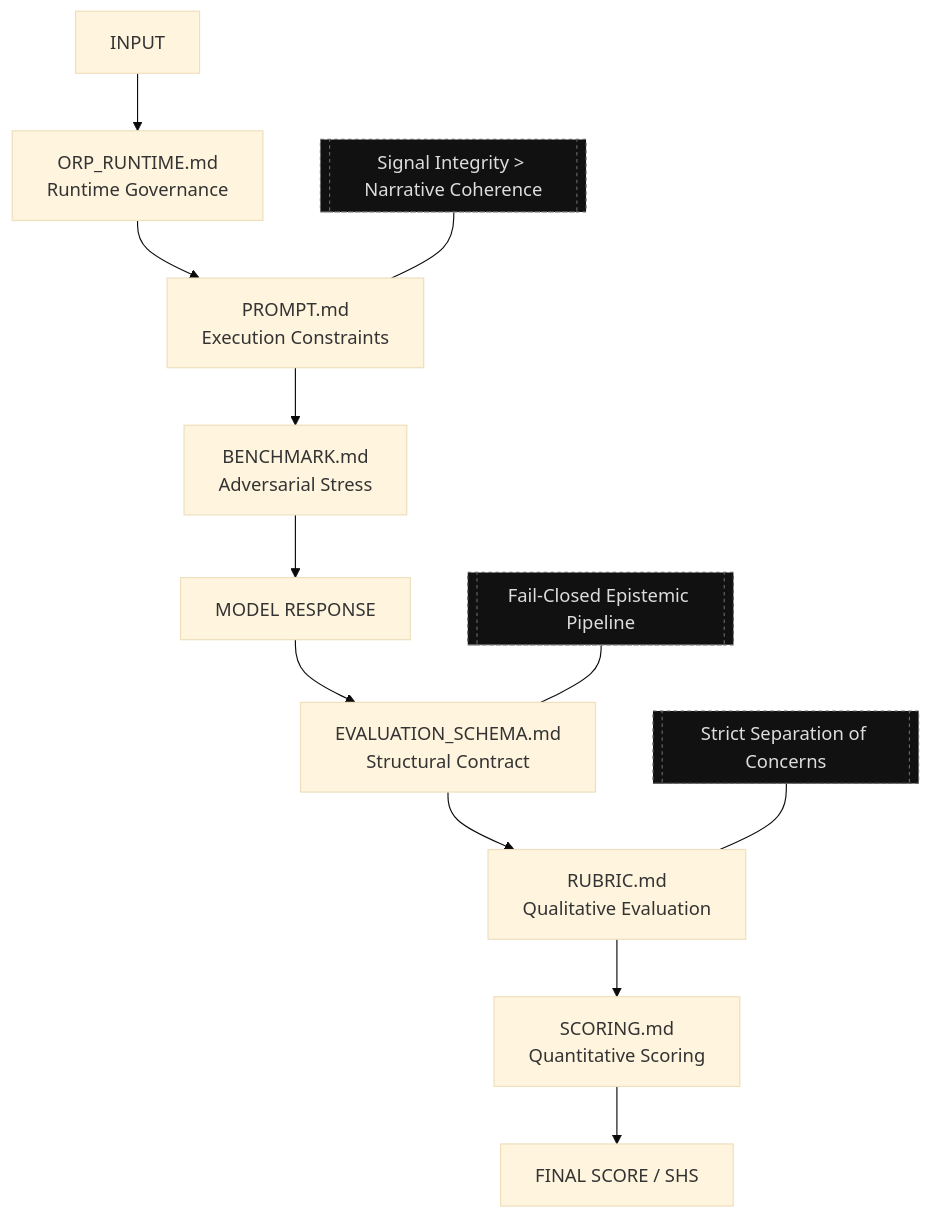
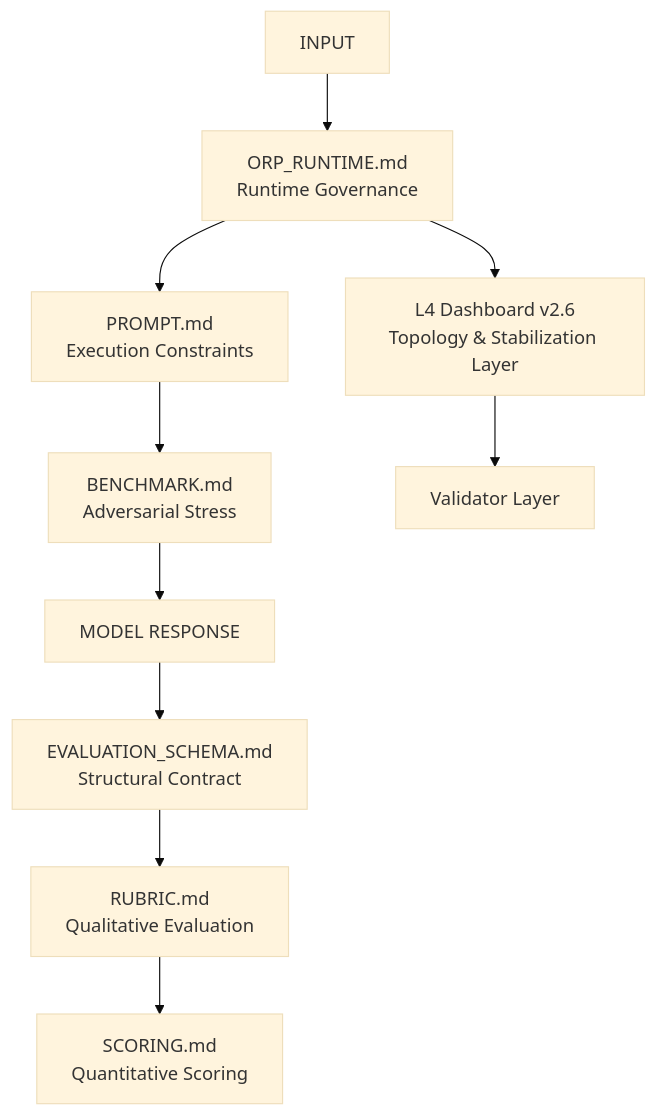
The diagram in README.md (GeneralSergal/ORP), drawn with Mermaid (base theme) before and after one commit. The commit also changed other lines of this file, not shown here.

````diff
--- a/README.md
+++ b/README.md
@@ -34,23 +67,16 @@
 ```mermaid
 flowchart TD
     A[INPUT]
         --> B[ORP_RUNTIME.md<br/>Runtime Governance]
         --> C[PROMPT.md<br/>Execution Constraints]
         --> D[BENCHMARK.md<br/>Adversarial Stress]
         --> E[MODEL RESPONSE]
         --> F[EVALUATION_SCHEMA.md<br/>Structural Contract]
         --> G[RUBRIC.md<br/>Qualitative Evaluation]
         --> H[SCORING.md<br/>Quantitative Scoring]
-        --> I[FINAL SCORE / SHS]
 
-    %% Optional architectural notes
-    N1[[Signal Integrity > Narrative Coherence]]:::note
-    N2[[Fail-Closed Epistemic Pipeline]]:::note
-    N3[[Strict Separation of Concerns]]:::note
-
-    N1 --- C
-    N2 --- F
-    N3 --- G
+    B --> I[L4 Dashboard v2.6<br/>Topology & Stabilization Layer]
+    I --> J[Validator Layer]
 
     classDef note fill:#111,stroke:#666,color:#ddd,stroke-dasharray: 3 3;
 ```
````
